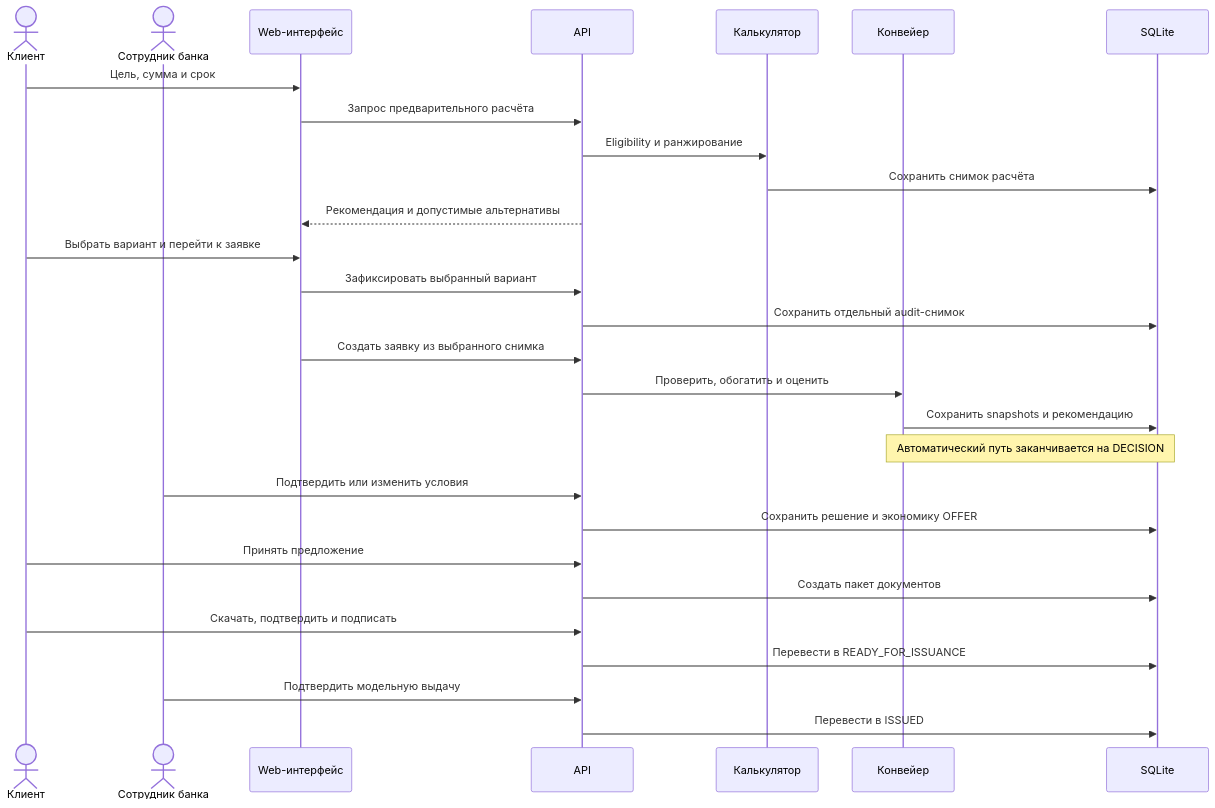
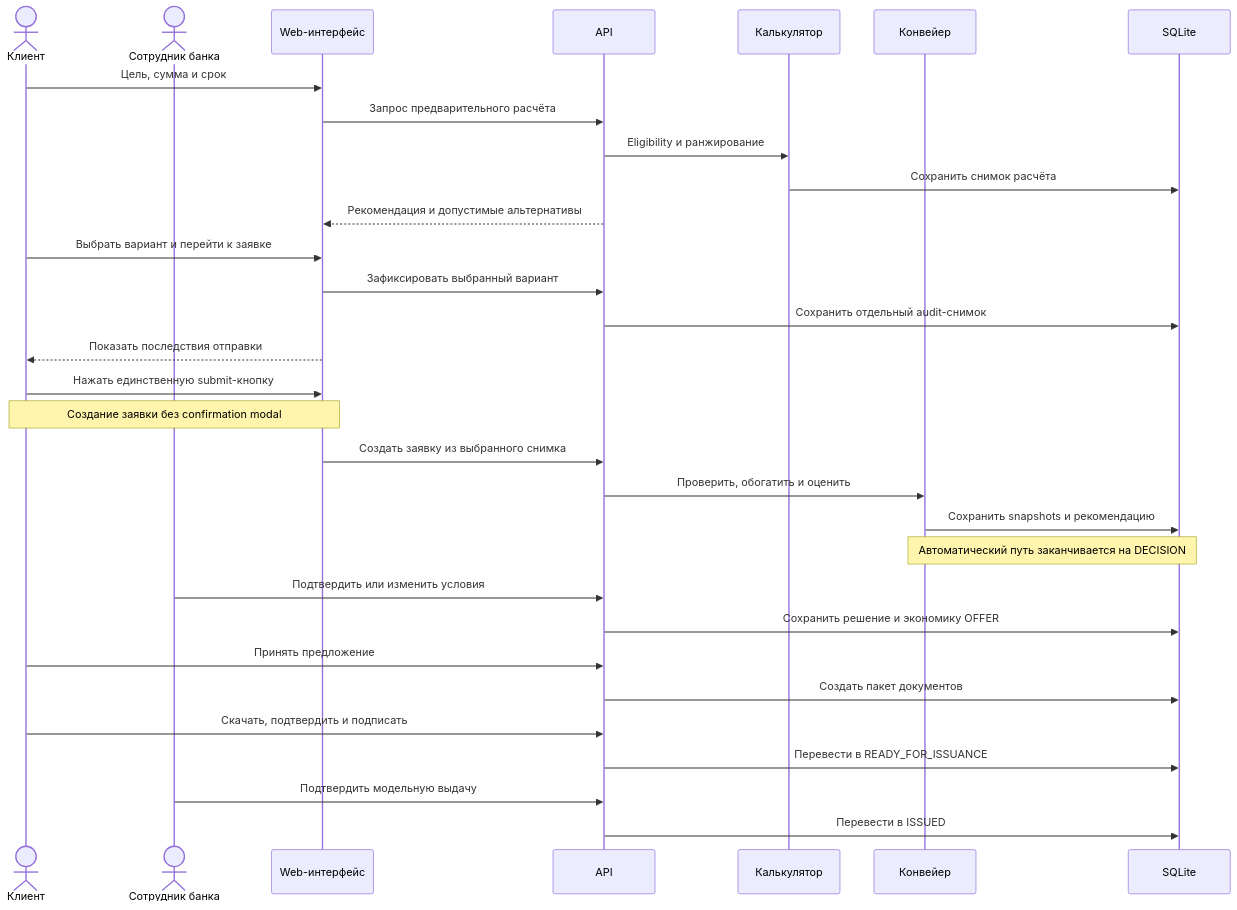
One commit to bssanelka/smart-sme-lending-portal changed the third of 5 diagrams in docs/ARCHITECTURE.md. Above: the diagram before and after it, drawn with Mermaid. The commit also changed other lines of this file and 24 other files, not shown here.

````diff
--- a/docs/ARCHITECTURE.md
+++ b/docs/ARCHITECTURE.md
@@ -75,31 +75,34 @@
 ```mermaid
 sequenceDiagram
   actor Client as Клиент
   actor Bank as Сотрудник банка
   participant UI as Web-интерфейс
   participant API as API
   participant Calc as Калькулятор
   participant Flow as Конвейер
   participant DB as SQLite
 
   Client->>UI: Цель, сумма и срок
   UI->>API: Запрос предварительного расчёта
   API->>Calc: Eligibility и ранжирование
   Calc->>DB: Сохранить снимок расчёта
   API-->>UI: Рекомендация и допустимые альтернативы
   Client->>UI: Выбрать вариант и перейти к заявке
   UI->>API: Зафиксировать выбранный вариант
   API->>DB: Сохранить отдельный audit-снимок
+  UI-->>Client: Показать последствия отправки
+  Client->>UI: Нажать единственную submit-кнопку
+  Note over Client,UI: Создание заявки без confirmation modal
   UI->>API: Создать заявку из выбранного снимка
   API->>Flow: Проверить, обогатить и оценить
   Flow->>DB: Сохранить snapshots и рекомендацию
   Note over Flow,DB: Автоматический путь заканчивается на DECISION
   Bank->>API: Подтвердить или изменить условия
   API->>DB: Сохранить решение и экономику OFFER
   Client->>API: Принять предложение
   API->>DB: Создать пакет документов
   Client->>API: Скачать, подтвердить и подписать
   API->>DB: Перевести в READY_FOR_ISSUANCE
   Bank->>API: Подтвердить модельную выдачу
   API->>DB: Перевести в ISSUED
 ```
````
